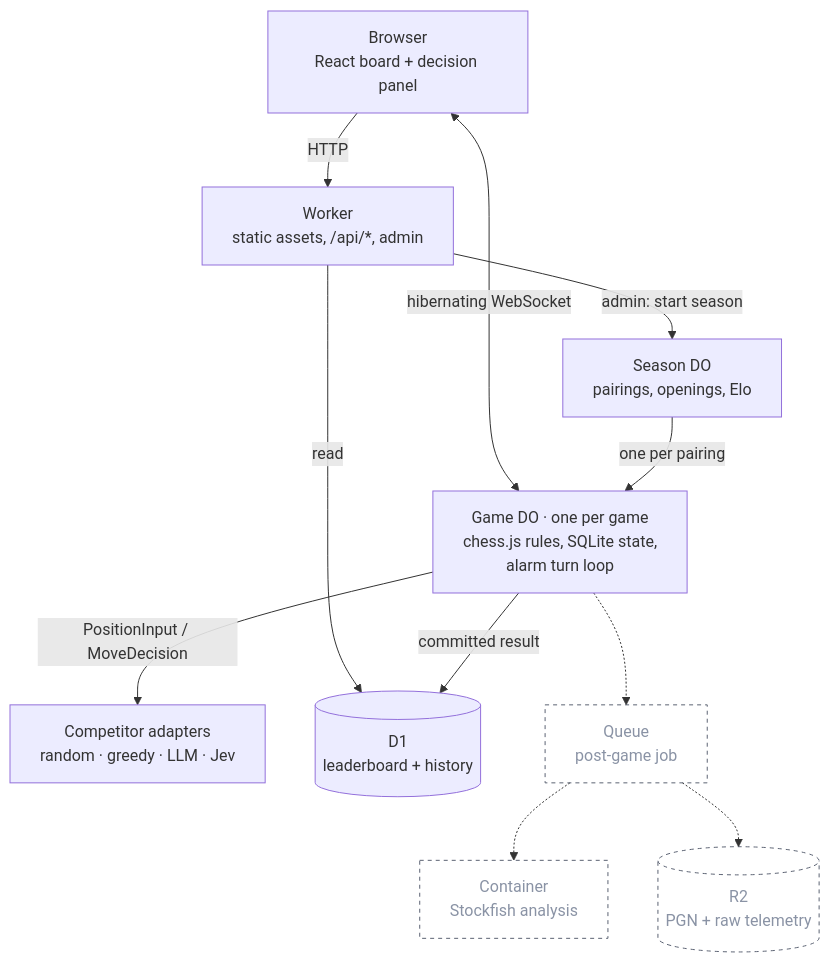
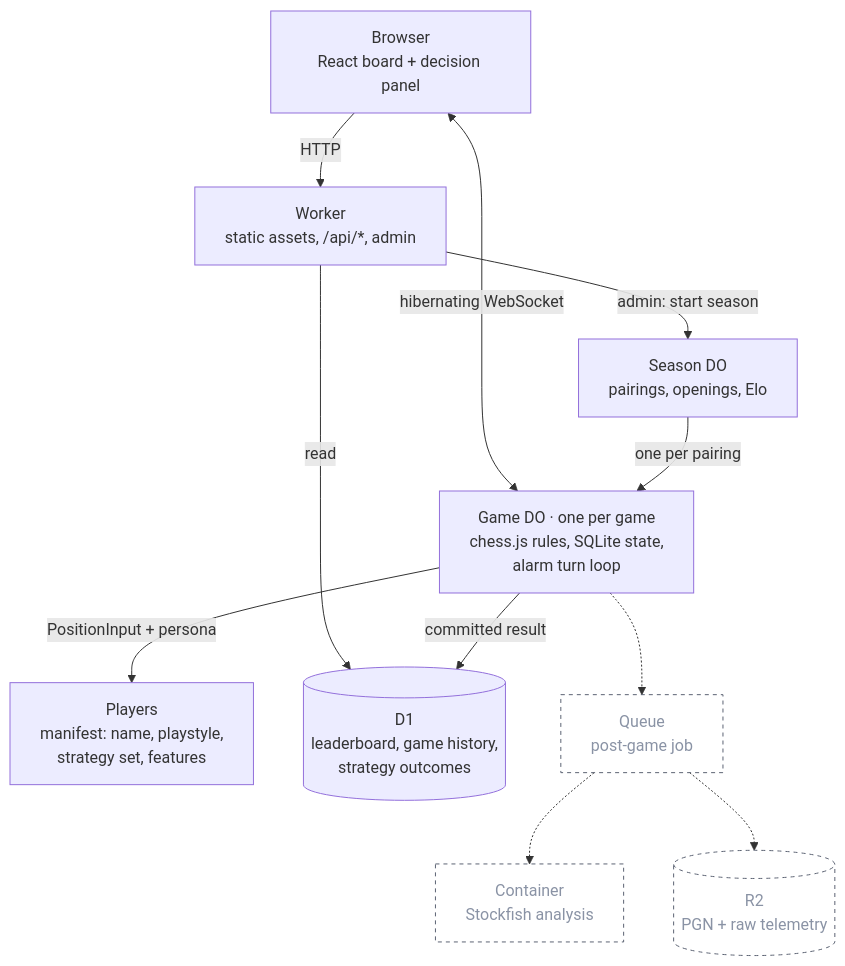
The third of 4 diagrams in PLAN.md (OriginalByteMe/system-one-chess-arena), drawn with Mermaid before and after one commit. The commit also changed other lines of this file, not shown here.

Commit message:
Make playstyle manifests and derived player history first-class

````diff
--- a/PLAN.md
+++ b/PLAN.md
@@ -111,24 +197,24 @@
 ```mermaid
 flowchart TB
   B["Browser<br/>React board + decision panel"]
   W["Worker<br/>static assets, /api/*, admin"]
   S["Season DO<br/>pairings, openings, Elo"]
   G["Game DO · one per game<br/>chess.js rules, SQLite state,<br/>alarm turn loop"]
-  A["Competitor adapters<br/>random · greedy · LLM · Jev"]
-  D[("D1<br/>leaderboard + history")]
+  A["Players<br/>manifest: name, playstyle,<br/>strategy set, features"]
+  D[("D1<br/>leaderboard, game history,<br/>strategy outcomes")]
   R[("R2<br/>PGN + raw telemetry")]
   Q["Queue<br/>post-game job"]
   C["Container<br/>Stockfish analysis"]
   B -->|HTTP| W
   B <-->|hibernating WebSocket| G
   W -->|admin: start season| S
   W -->|read| D
   S -->|one per pairing| G
-  G -->|PositionInput / MoveDecision| A
+  G -->|"PositionInput + persona"| A
   G -->|committed result| D
   G -.-> Q
   Q -.-> C
   Q -.-> R
   classDef later fill:none,stroke:#5c6373,stroke-dasharray:4 4,color:#8a93a5
   class Q,C,R later
 ```
````
